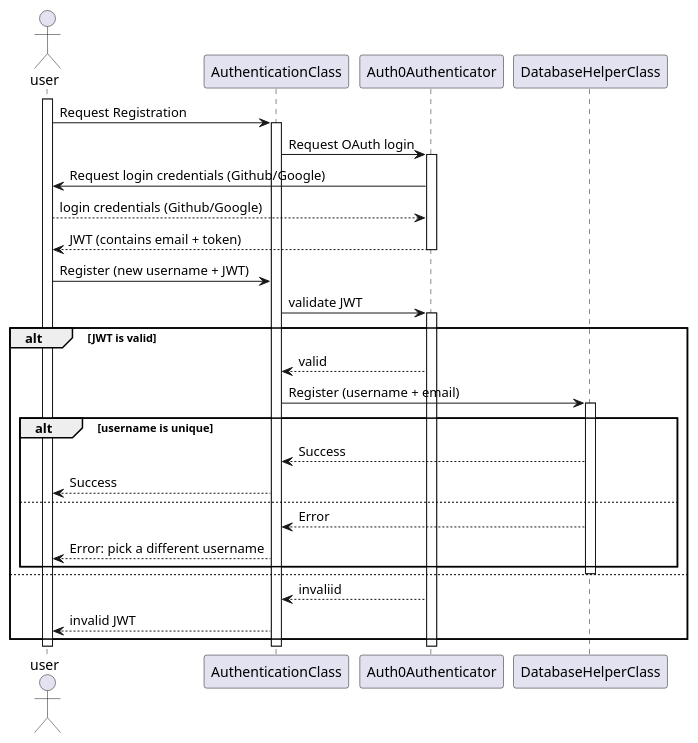
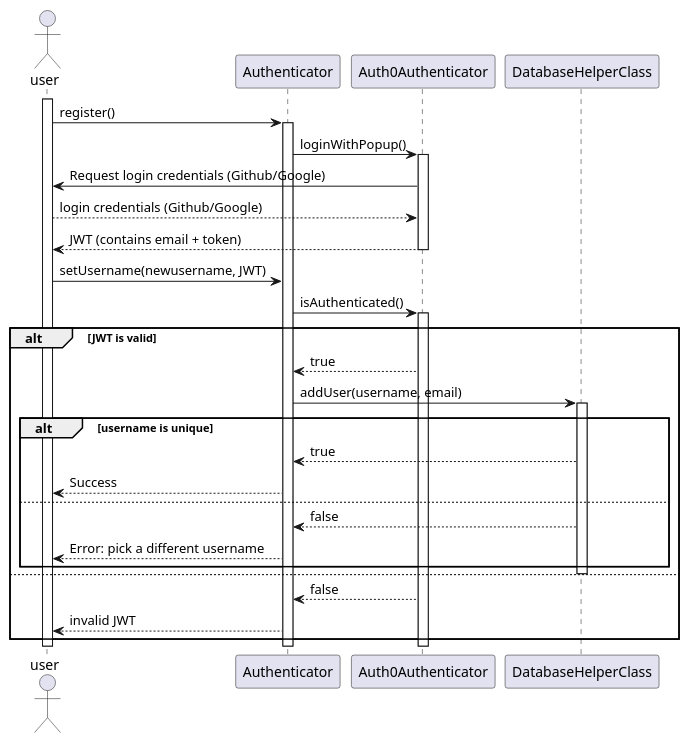
Before and after one commit to PolyPong/PolyPong: the diagram in doc/sequencediagrams/fr1.puml, drawn with PlantUML.

```diff
--- a/doc/sequencediagrams/fr1.puml
+++ b/doc/sequencediagrams/fr1.puml
@@ -1,69 +1,40 @@
 @startuml
-
 actor user
 
-participant AuthenticationClass as a
+participant Authenticator as a
 participant Auth0Authenticator as auth0
 participant DatabaseHelperClass as db
 
-
-'activate user
-''        user -> a: Registration Request
-''        activate a
-''                a -> user: Request username
-''                alt username unique and accepted
-''                a --> user: Username accepted
-''                        a -> auth0: Request OAuth Login
-''                        auth0 -> user: Request Authentication (Google/GitHub)
-''                        user --> auth0: authentication credentials (Google/Github)
-''                        a -> db: Save user information
-''                        activate db
-''                                db --> a: Success
-''                                deactivate db
-''                        auth0 --> a: email
-''                        a --> a: token
-''                        a --> user: Success
-''                deactivate a
-''        else
-''                a --> user: Username already in use, try a different one
-'deactivate user
-'
 activate user
-        user -> a: Request Registration
+        user -> a: register()
         activate a
-                a -> auth0: Request OAuth login
+                a -> auth0: loginWithPopup()
                 activate auth0
                         auth0 -> user: Request login credentials (Github/Google)
                         user --> auth0: login credentials (Github/Google)
                         auth0 --> user: JWT (contains email + token)
                 deactivate auth0
-                user -> a: Register (new username + JWT)
-                a -> auth0: validate JWT
+                user -> a: setUsername(newusername, JWT)
+                a -> auth0: isAuthenticated()
                 activate auth0
                 alt JWT is valid
-                        auth0 --> a: valid
-                        a -> db: Register (username + email)
+                        auth0 --> a: true
+                        a -> db: addUser(username, email)
                         activate db
                                 alt username is unique
-                                        db --> a: Success
+                                        db --> a: true
                                         a --> user: Success
                                 else
-                                        db --> a: Error
+                                        db --> a: false
                                         a --> user: Error: pick a different username
                                 end
                         deactivate db
                 else
-                        auth0 --> a: invaliid
+                        auth0 --> a: false
                         a --> user: invalid JWT
                         end
                         deactivate auth0
-                
+
                 deactivate a
 deactivate user
-
-        
-
-
-                
-                
 @enduml
```
